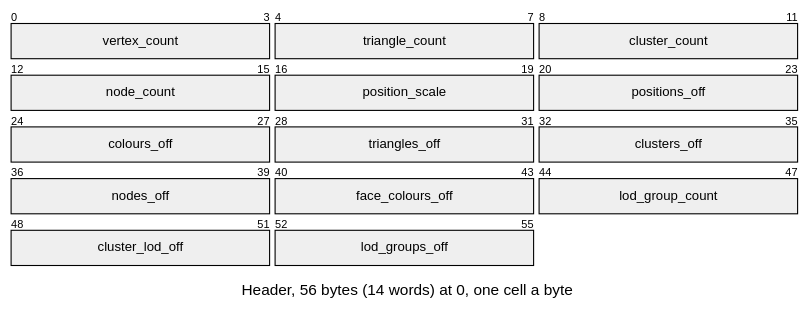
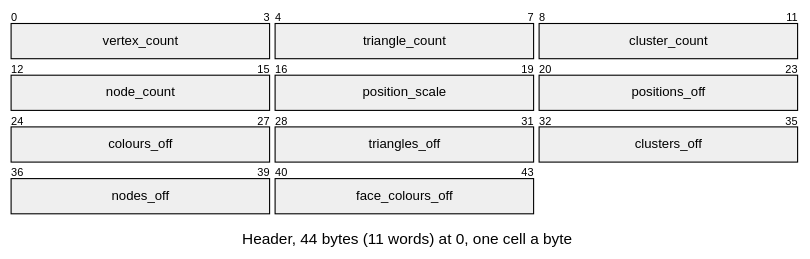
Before and after one commit to jose-villegas/autana: the first of 7 diagrams in docs/assets/formats/LMSH.md, drawn with Mermaid. The commit also changed other lines of this file and 70 other files, not shown here.

````diff
--- a/docs/assets/formats/LMSH.md
+++ b/docs/assets/formats/LMSH.md
@@ -10,25 +12,22 @@
 ```mermaid
 ---
 config:
   themeCSS: "g:nth-of-type(2) rect:nth-of-type(1) { fill: #93d6b0 !important; } g:nth-of-type(2) rect:nth-of-type(2) { fill: #93d6b0 !important; } g:nth-of-type(2) rect:nth-of-type(3) { fill: #93d6b0 !important; } g:nth-of-type(3) rect:nth-of-type(1) { fill: #93d6b0 !important; } g:nth-of-type(3) rect:nth-of-type(2) { fill: #e3e3e3 !important; } g:nth-of-type(3) rect:nth-of-type(3) { fill: #f4a885 !important; } g:nth-of-type(4) rect:nth-of-type(1) { fill: #f4a885 !important; } g:nth-of-type(4) rect:nth-of-type(2) { fill: #f4a885 !important; } g:nth-of-type(4) rect:nth-of-type(3) { fill: #f4a885 !important; } g:nth-of-type(5) rect:nth-of-type(1) { fill: #f4a885 !important; } g:nth-of-type(5) rect:nth-of-type(2) { fill: #f4a885 !important; } g:nth-of-type(5) rect:nth-of-type(3) { fill: #93d6b0 !important; } g:nth-of-type(6) rect:nth-of-type(1) { fill: #f4a885 !important; } g:nth-of-type(6) rect:nth-of-type(2) { fill: #f4a885 !important; } .packetLabel { fill: #1b1b1b !important; }"
   packet:
     bitsPerRow: 12
     bitWidth: 60
 ---
 packet-beta
-title Header, 56 bytes (14 words) at 0, one cell a byte
+title Header, 44 bytes (11 words) at 0, one cell a byte
 0-3: "vertex_count"
 4-7: "triangle_count"
 8-11: "cluster_count"
 12-15: "node_count"
 16-19: "position_scale"
 20-23: "positions_off"
 24-27: "colours_off"
 28-31: "triangles_off"
 32-35: "clusters_off"
 36-39: "nodes_off"
 40-43: "face_colours_off"
-44-47: "lod_group_count"
-48-51: "cluster_lod_off"
-52-55: "lod_groups_off"
 ```
````
